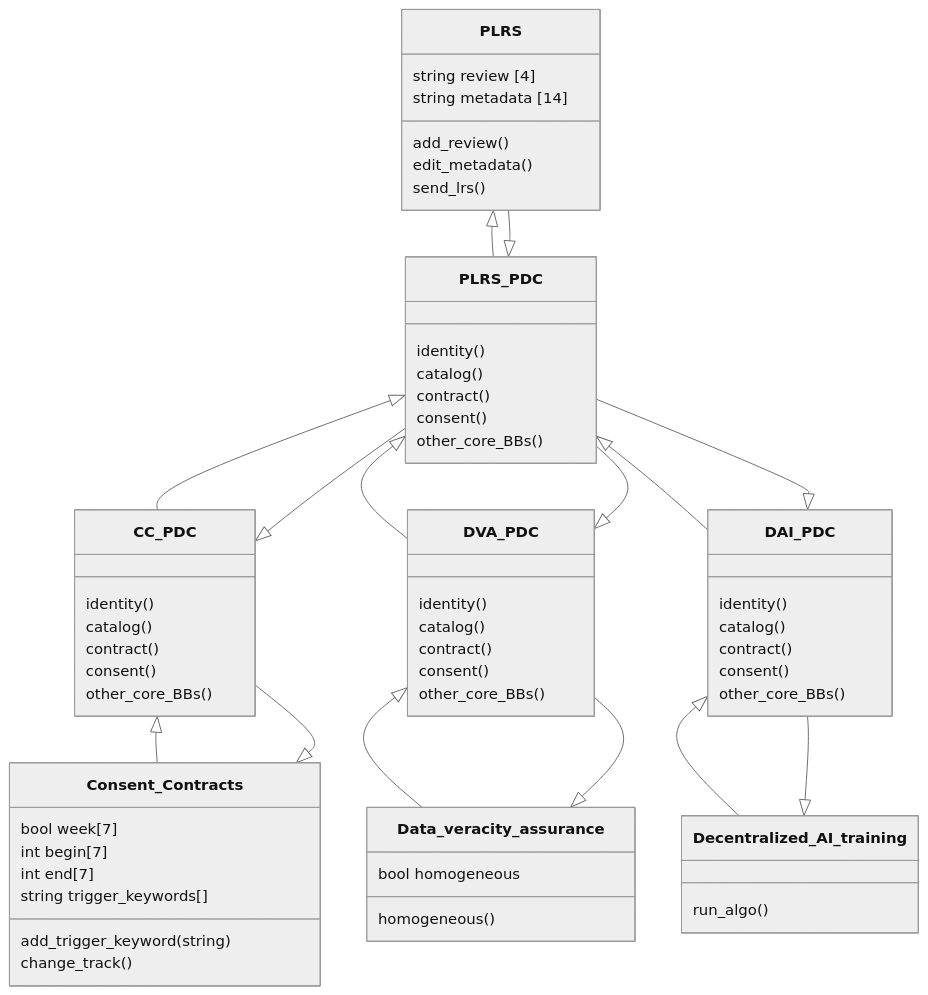
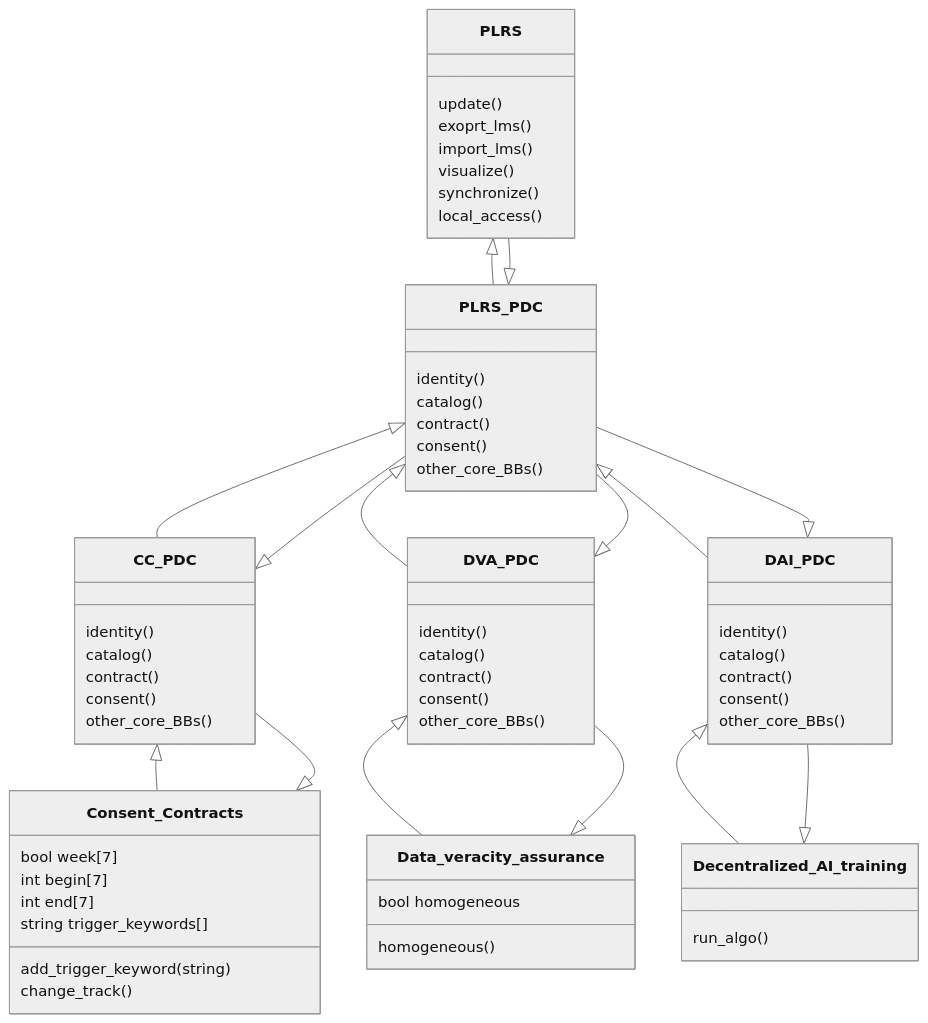
The second of 5 diagrams in readme.md (Prometheus-X-association/lrs-gateway), drawn with Mermaid (neutral theme) before and after one commit.

````diff
--- a/readme.md
+++ b/readme.md
@@ -659,65 +659,66 @@
 ```mermaid
 classDiagram
    PLRS <|-- PLRS_PDC
    PLRS_PDC <|-- PLRS
    CC_PDC <|-- Consent_Contracts
    Consent_Contracts <|-- CC_PDC
    DVA_PDC <|-- Data_veracity_assurance
    Data_veracity_assurance <|-- DVA_PDC 
    DAI_PDC <|-- Decentralized_AI_training
    Decentralized_AI_training <|-- DAI_PDC
    PLRS_PDC <|-- CC_PDC
    CC_PDC <|-- PLRS_PDC
    PLRS_PDC <|-- DVA_PDC
    DVA_PDC <|-- PLRS_PDC
    PLRS_PDC <|-- DAI_PDC
    DAI_PDC <|-- PLRS_PDC
-   PLRS: string review [4]
-   PLRS: string metadata [14]
-   PLRS: add_review()
-   PLRS: edit_metadata()
-   PLRS: send_lrs()
+   PLRS: update()
+   PLRS: exoprt_lms()
+   PLRS: import_lms()
+   PLRS: visualize()
+   PLRS: synchronize()
+   PLRS: local_access()
    class PLRS_PDC{
      identity()
      catalog()
      contract()
      consent()
      other_core_BBs()
    }
    class CC_PDC{
      identity()
      catalog()
      contract()
      consent()
      other_core_BBs()
    }
    class DVA_PDC{
      identity()
      catalog()
      contract()
      consent()
      other_core_BBs()
    }
    class DAI_PDC{
      identity()
      catalog()
      contract()
      consent()
      other_core_BBs()
    }
    class Consent_Contracts{
      bool week[7]
      int begin[7]
      int end[7]
      string trigger_keywords[]
      add_trigger_keyword(string)
      change_track()
    }
    class Data_veracity_assurance{
      bool homogeneous
      homogeneous()
    }
    class Decentralized_AI_training{
      run_algo()
    }
 ```
````
